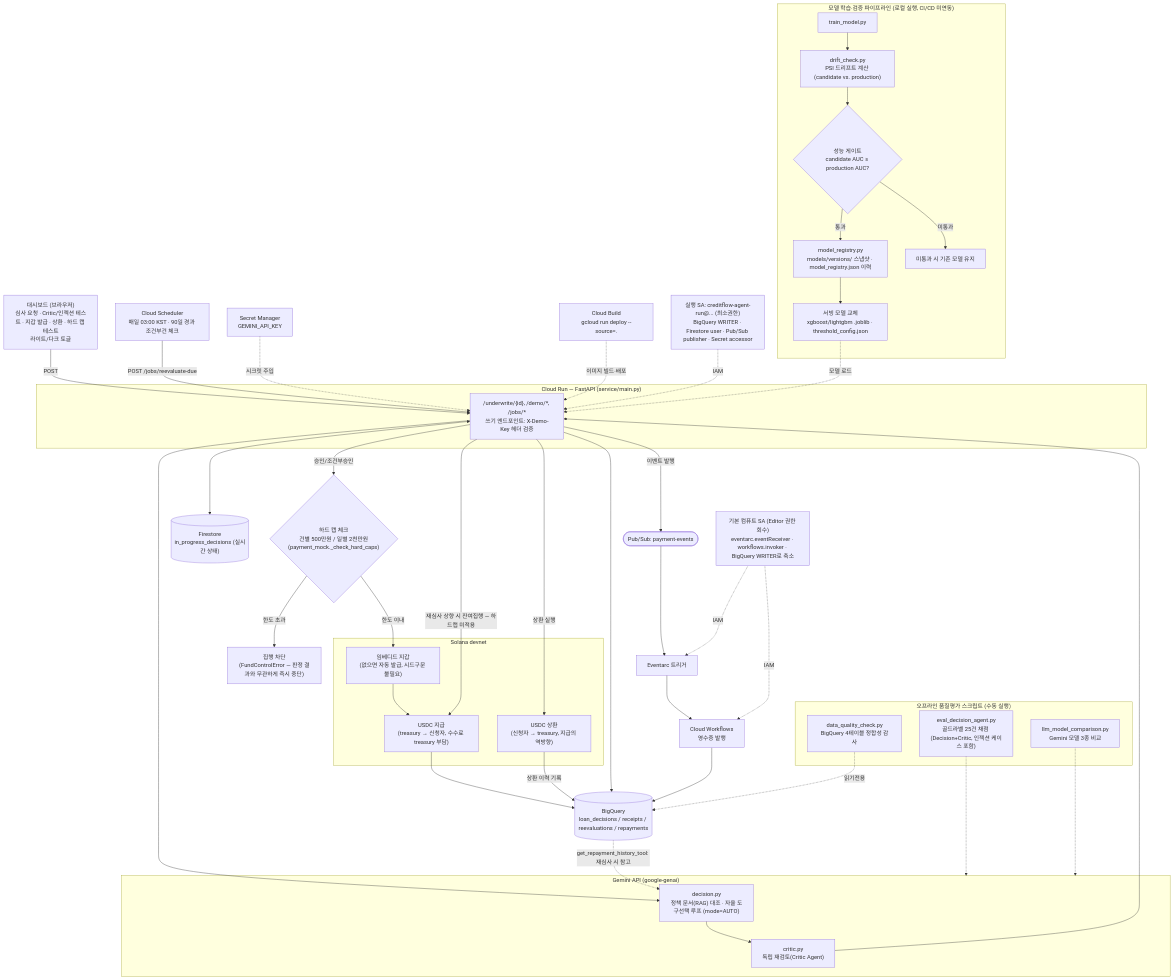
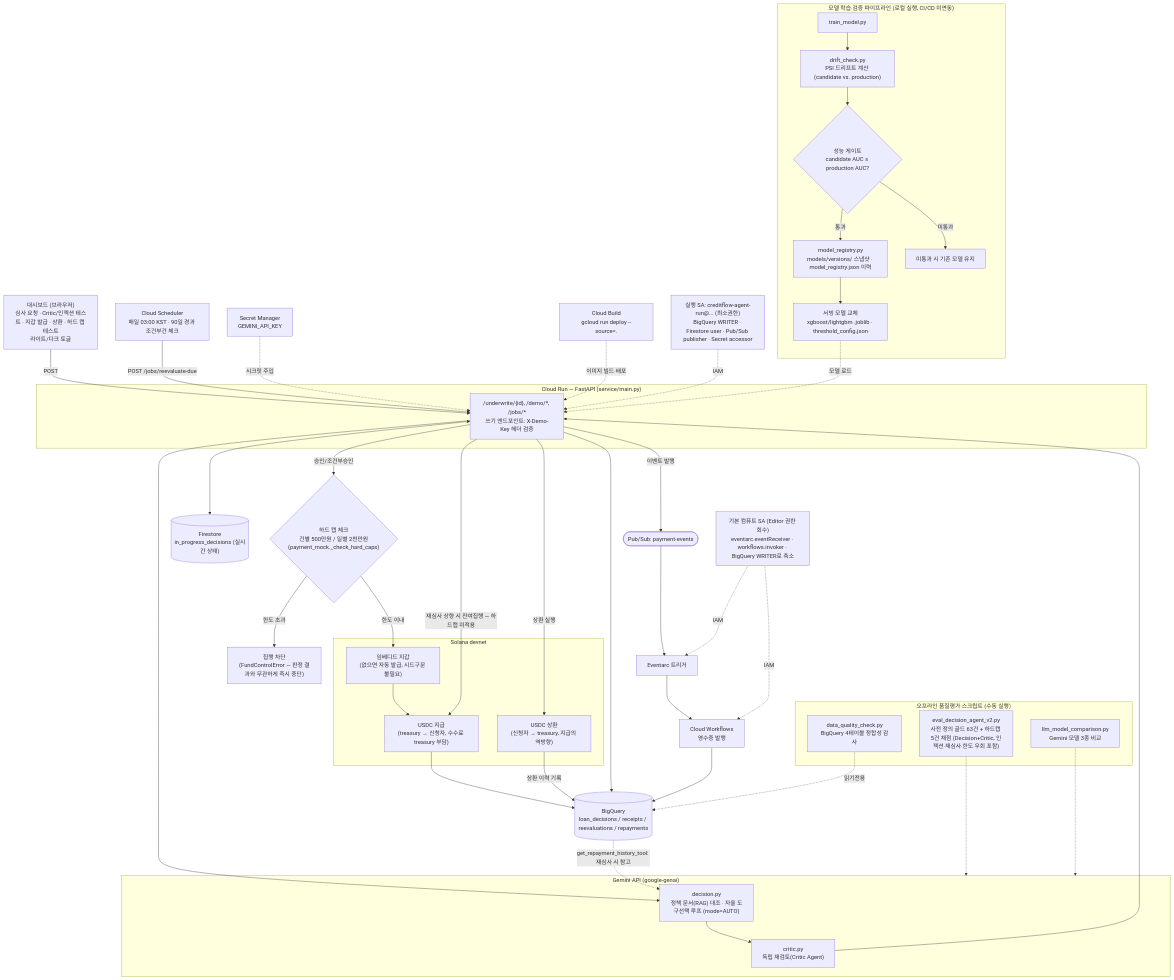
The diagram in README.md (sujin-1015/creditflow-ai-agent), drawn with Mermaid before and after one commit. The commit also changed other lines of this file and 4 other files, not shown here.

````diff
--- a/README.md
+++ b/README.md
@@ -114,77 +114,77 @@
 ```mermaid
 flowchart TB
     Browser["대시보드 (브라우저)<br/>심사 요청 · Critic/인젝션 테스트 · 지갑 발급 · 상환 · 하드 캡 테스트<br/>라이트/다크 토글"]
 
     subgraph Run["Cloud Run — FastAPI (service/main.py)"]
         API["/underwrite/{id}, /demo/*, /jobs/*<br/>쓰기 엔드포인트: X-Demo-Key 헤더 검증"]
     end
     RunSA["실행 SA: creditflow-agent-run@... (최소권한)<br/>BigQuery WRITER · Firestore user · Pub/Sub publisher · Secret accessor"]
 
     subgraph AI["Gemini API (google-genai)"]
         Decision["decision.py<br/>정책 문서(RAG) 대조 · 자율 도구선택 루프 (mode=AUTO)"]
         Critic["critic.py<br/>독립 재검토(Critic Agent)"]
     end
 
     HardCap{"하드 캡 체크<br/>건별 500만원 / 일별 2천만원<br/>(payment_mock._check_hard_caps)"}
     Blocked["집행 차단<br/>(FundControlError — 판정 결과와 무관하게 즉시 중단)"]
 
     subgraph Chain["Solana devnet"]
         Wallet["임베디드 지갑<br/>(없으면 자동 발급, 시드구문 불필요)"]
         Transfer["USDC 지급<br/>(treasury → 신청자, 수수료 treasury 부담)"]
         Repay["USDC 상환<br/>(신청자 → treasury, 지급의 역방향)"]
     end
 
     BQ[("BigQuery<br/>loan_decisions / receipts / reevaluations / repayments")]
     FS[("Firestore<br/>in_progress_decisions (실시간 상태)")]
     PS(["Pub/Sub: payment-events"])
     EA["Eventarc 트리거"]
     WF["Cloud Workflows<br/>영수증 발행"]
     SCH["Cloud Scheduler<br/>매일 03:00 KST · 90일 경과 조건부건 체크"]
     SM["Secret Manager<br/>GEMINI_API_KEY"]
     CB["Cloud Build<br/>gcloud run deploy --source=."]
     EventSA["기본 컴퓨트 SA (Editor 권한 회수)<br/>eventarc.eventReceiver · workflows.invoker · BigQuery WRITER로 축소"]
 
     Browser -->|POST| API
     API <--> FS
     API --> Decision --> Critic
     Critic --> API
     API -->|승인/조건부승인| HardCap
     HardCap -->|한도 이내| Wallet --> Transfer
     HardCap -->|한도 초과| Blocked
     API -->|상환 실행| Repay
     API -->|재심사 상향 시 잔여집행 — 하드캡 미적용| Transfer
     Transfer --> BQ
     Repay -->|상환 이력 기록| BQ
     BQ -.->|get_repayment_history_tool: 재심사 시 참고| Decision
     API --> BQ
     API -->|이벤트 발행| PS --> EA --> WF --> BQ
     SCH -->|POST /jobs/reevaluate-due| API
 
     SM -.->|시크릿 주입| API
     CB -.->|이미지 빌드·배포| API
     RunSA -.->|IAM| API
     EventSA -.->|IAM| EA
     EventSA -.->|IAM| WF
 
     subgraph MLOps["모델 학습·검증 파이프라인 (로컬 실행, CI/CD 미연동)"]
         Train["train_model.py"]
         Drift["drift_check.py<br/>PSI 드리프트 계산 (candidate vs. production)"]
         Gate{"성능 게이트<br/>candidate AUC ≥ production AUC?"}
         Registry["model_registry.py<br/>models/versions/ 스냅샷 · model_registry.json 이력"]
         ServingModel["서빙 모델 교체<br/>xgboost/lightgbm .joblib · threshold_config.json"]
         Keep["미통과 시 기존 모델 유지"]
         Train --> Drift --> Gate
         Gate -->|통과| Registry --> ServingModel
         Gate -->|미통과| Keep
     end
     ServingModel -.->|모델 로드| API
 
     subgraph QA["오프라인 품질평가 스크립트 (수동 실행)"]
-        EvalAgent["eval_decision_agent.py<br/>골드라벨 25건 채점 (Decision+Critic, 인젝션 케이스 포함)"]
+        EvalAgent["eval_decision_agent_v2.py<br/>사전 정의 골드 63건 + 하드캡 5건 채점 (Decision+Critic, 인젝션·재심사·한도 우회 포함)"]
         LLMCompare["llm_model_comparison.py<br/>Gemini 모델 3종 비교"]
         DataQuality["data_quality_check.py<br/>BigQuery 4테이블 정합성 감사"]
     end
     EvalAgent -.-> AI
     LLMCompare -.-> AI
     DataQuality -.->|읽기전용| BQ
 ```
````
